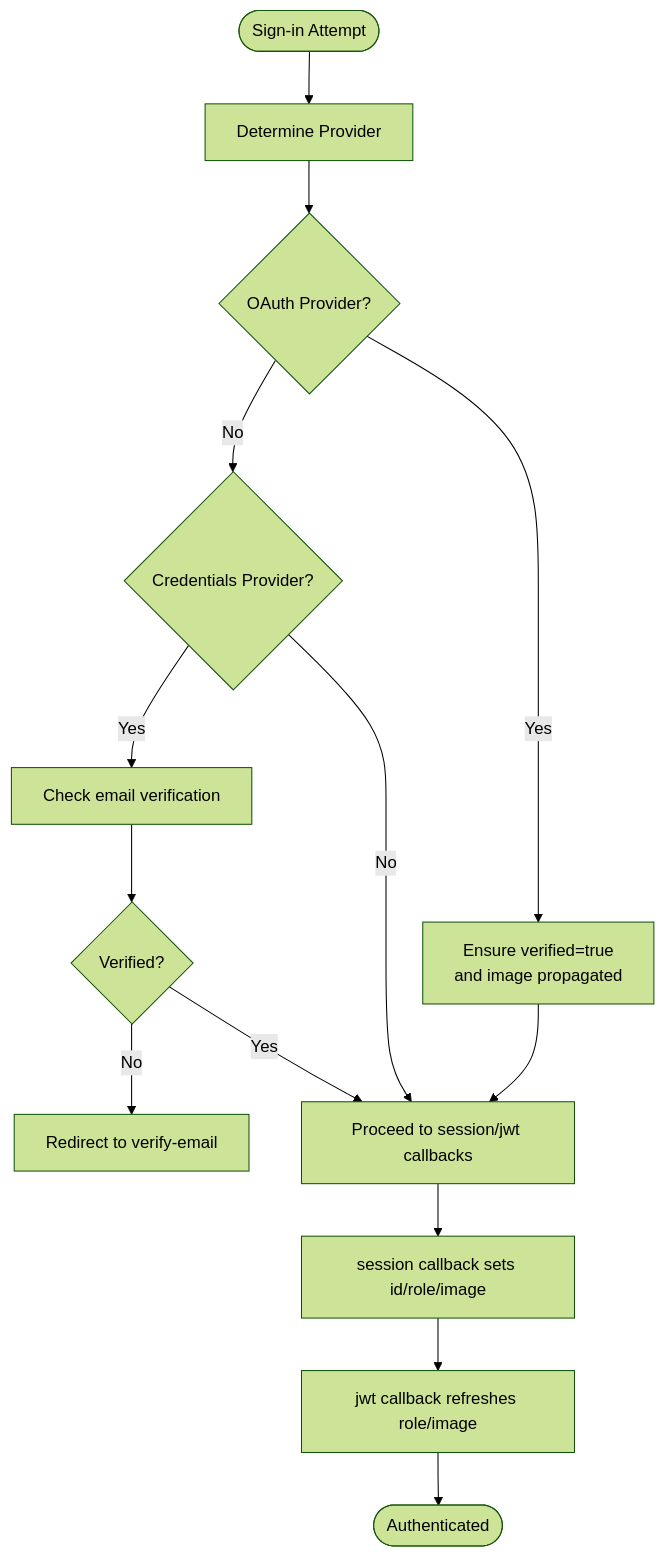
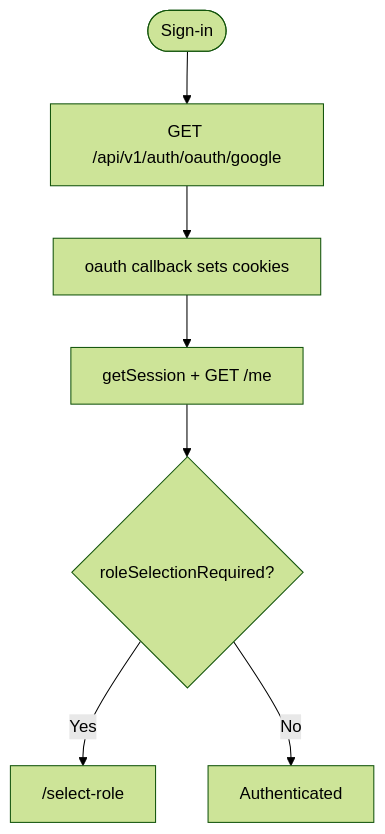
The fourth of 10 diagrams in src/data/docs/talentsync/Architecture Overview/Frontend Architecture.md (tashifkhan/tashif.codes), drawn with Mermaid (forest theme) before and after one commit. The commit also changed other lines of this file and 2128 other files, not shown here.

First line of the commit message:
docs: replace raster diagram images with native Mermaid across project guides

````diff
--- a/src/data/docs/talentsync/Architecture Overview/Frontend Architecture.md
+++ b/src/data/docs/talentsync/Architecture Overview/Frontend Architecture.md
@@ -99,16 +93,9 @@
 ```mermaid
 flowchart TD
-Start(["Sign-in Attempt"]) --> CheckProvider["Determine Provider"]
-CheckProvider --> OAuth{"OAuth Provider?"}
-OAuth --> |Yes| VerifyOAuth["Ensure verified=true<br/>and image propagated"]
-OAuth --> |No| Credentials{"Credentials Provider?"}
-Credentials --> |Yes| CheckEmail["Check email verification"]
-CheckEmail --> Verified{"Verified?"}
-Verified --> |No| RedirectVerify["Redirect to verify-email"]
-Verified --> |Yes| Proceed["Proceed to session/jwt callbacks"]
-Credentials --> |No| Proceed
-VerifyOAuth --> Proceed
-Proceed --> SessionCB["session callback sets id/role/image"]
-SessionCB --> JWTCB["jwt callback refreshes role/image"]
-JWTCB --> Done(["Authenticated"])
+Start(["Sign-in"]) --> Google["GET /api/v1/auth/oauth/google"]
+Google --> Callback["oauth callback sets cookies"]
+Callback --> Hydrate["getSession + GET /me"]
+Hydrate --> Role{"roleSelectionRequired?"}
+Role --> |Yes| Select["/select-role"]
+Role --> |No| Done["Authenticated"]
 ```
````
